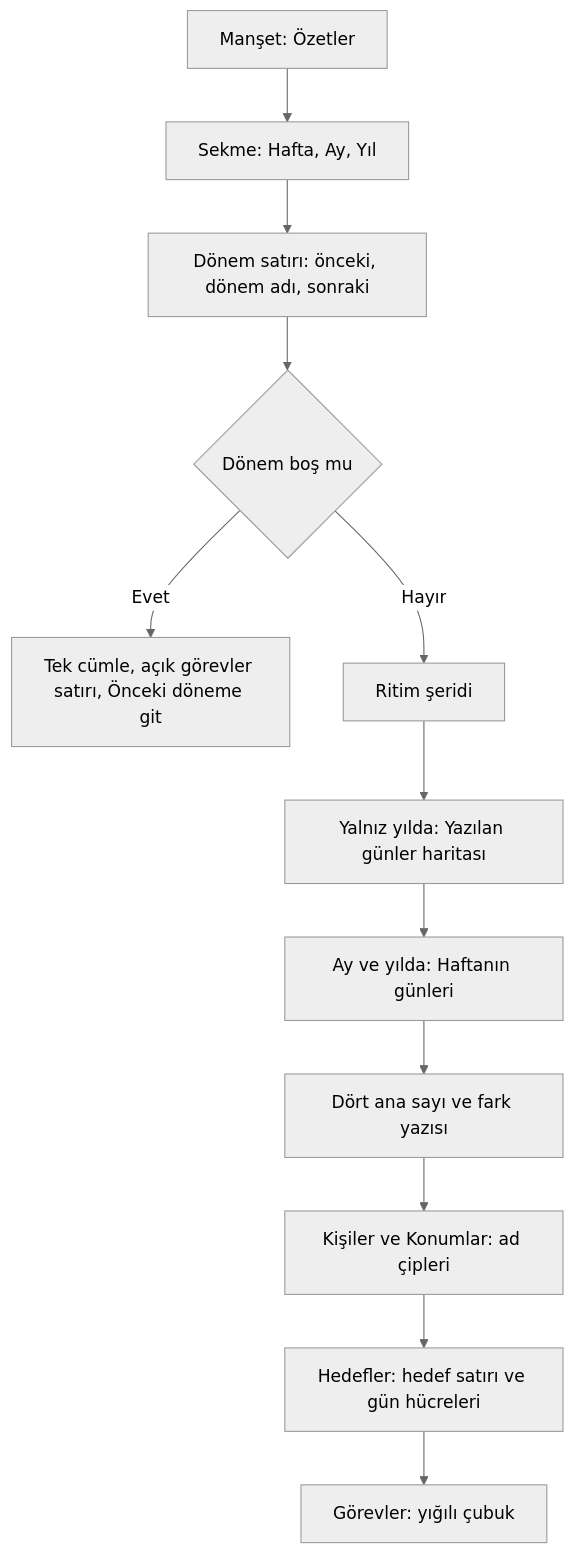
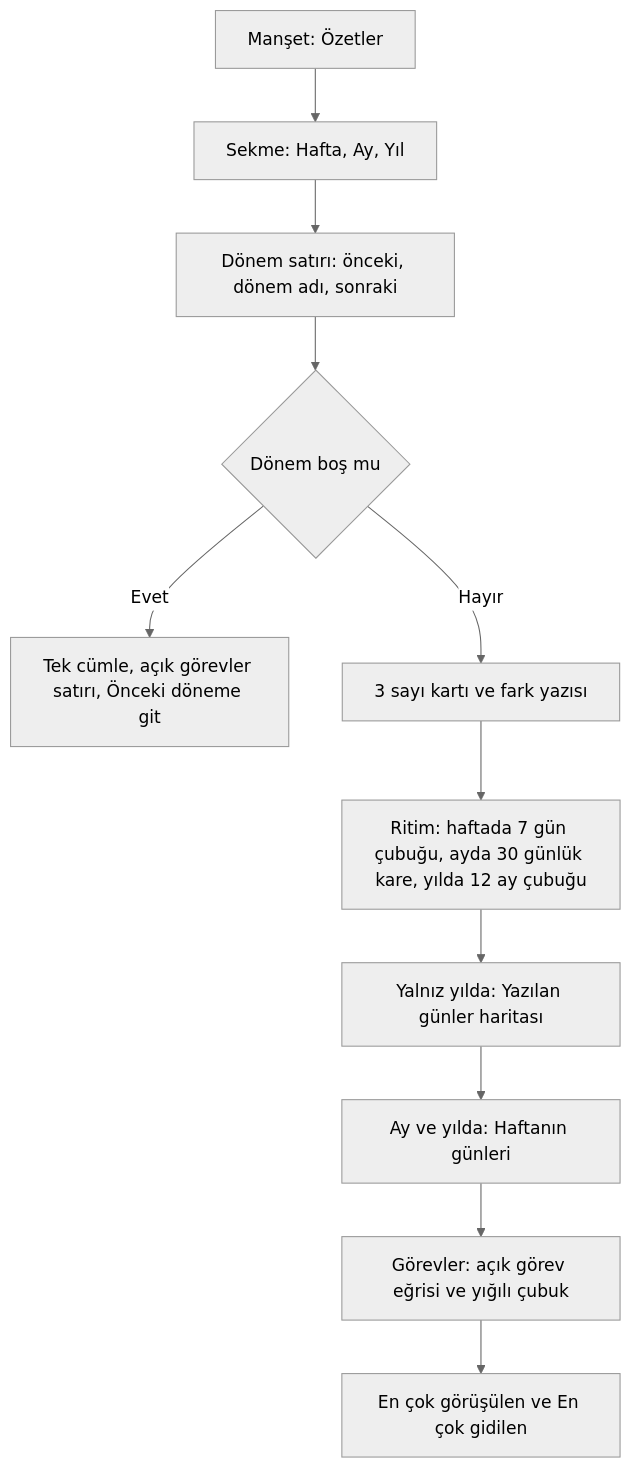
Before and after one commit to dogancanyildiz/kenet: the eighth of 19 diagrams in docs/screens.md, drawn with Mermaid (neutral theme). The commit also changed other lines of this file and 3 other files, not shown here.

````diff
--- a/docs/screens.md
+++ b/docs/screens.md
@@ -502,14 +539,13 @@
 ```mermaid
 flowchart TD
     A[Manşet: Özetler] --> B[Sekme: Hafta, Ay, Yıl]
     B --> C[Dönem satırı: önceki, dönem adı, sonraki]
     C --> D{Dönem boş mu}
     D -->|Evet| E[Tek cümle, açık görevler satırı, Önceki döneme git]
-    D -->|Hayır| F[Ritim şeridi]
+    D -->|Hayır| G[3 sayı kartı ve fark yazısı]
+    G --> F[Ritim: haftada 7 gün çubuğu, ayda 30 günlük kare, yılda 12 ay çubuğu]
     F --> Y[Yalnız yılda: Yazılan günler haritası]
     Y --> W[Ay ve yılda: Haftanın günleri]
-    W --> G[Dört ana sayı ve fark yazısı]
-    G --> H[Kişiler ve Konumlar: ad çipleri]
-    H --> I[Hedefler: hedef satırı ve gün hücreleri]
-    I --> J[Görevler: yığılı çubuk]
+    W --> J[Görevler: açık görev eğrisi ve yığılı çubuk]
+    J --> H[En çok görüşülen ve En çok gidilen]
 ```
````
